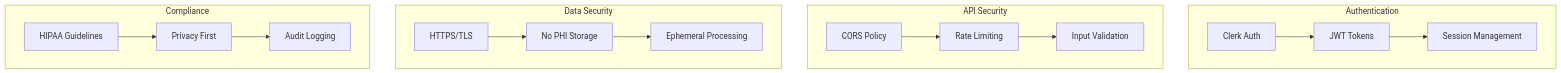
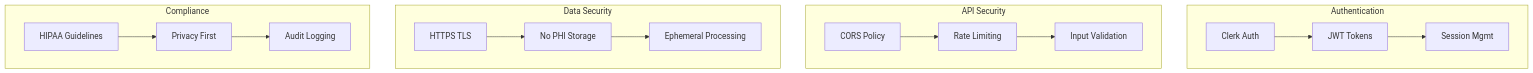
One commit to steeltroops-ai/NeuraLens changed diagram 11 of 11 in ARCHITECTURE.md. Above: the diagram before and after it, drawn with Mermaid. The commit also changed other lines of this file, not shown here.

Commit message:
fix(docs): correct Mermaid diagram syntax for GitHub rendering

````diff
--- a/ARCHITECTURE.md
+++ b/ARCHITECTURE.md
@@ -495,31 +507,31 @@
 ```mermaid
 graph TB
-    subgraph "Authentication"
-        Clerk[Clerk Auth]
-        JWT[JWT Tokens]
-        Session[Session Management]
+    subgraph Auth["Authentication"]
+        ClerkAuth["Clerk Auth"]
+        JWT["JWT Tokens"]
+        Session["Session Mgmt"]
     end
     
-    subgraph "API Security"
-        CORS[CORS Policy]
-        RateLimit[Rate Limiting]
-        Validation[Input Validation]
+    subgraph APISec["API Security"]
+        CORS["CORS Policy"]
+        RateLimit["Rate Limiting"]
+        Validation["Input Validation"]
     end
     
-    subgraph "Data Security"
-        HTTPS[HTTPS/TLS]
-        NoStore[No PHI Storage]
-        Ephemeral[Ephemeral Processing]
+    subgraph DataSec["Data Security"]
+        HTTPS["HTTPS TLS"]
+        NoStore["No PHI Storage"]
+        Ephemeral["Ephemeral Processing"]
     end
     
-    subgraph "Compliance"
-        HIPAA[HIPAA Guidelines]
-        Privacy[Privacy First]
-        Audit[Audit Logging]
+    subgraph Compliance["Compliance"]
+        HIPAA["HIPAA Guidelines"]
+        Privacy["Privacy First"]
+        Audit["Audit Logging"]
     end
     
-    Clerk --> JWT --> Session
+    ClerkAuth --> JWT --> Session
     CORS --> RateLimit --> Validation
     HTTPS --> NoStore --> Ephemeral
     HIPAA --> Privacy --> Audit
 ```
````
